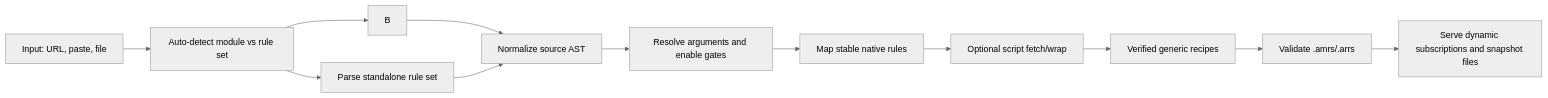
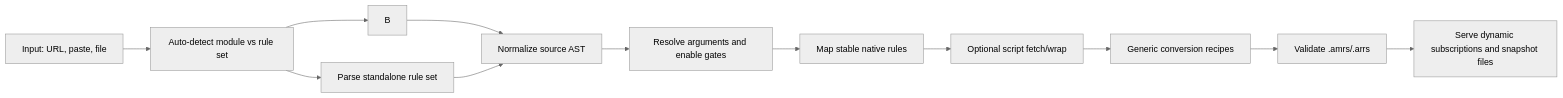
Before and after one commit to cv518/anywhere-converter: the diagram in docs/architecture.md, drawn with Mermaid (neutral theme). The commit also changed other lines of this file and 28 other files, not shown here.

````diff
--- a/docs/architecture.md
+++ b/docs/architecture.md
@@ -20,14 +17,14 @@
 ```mermaid
 flowchart LR
   A["Input: URL, paste, file"] --> R["Auto-detect module vs rule set"]
   R --> B
   R --> S["Parse standalone rule set"]
   B --> C["Normalize source AST"]
   S --> C
   C --> D["Resolve arguments and enable gates"]
   D --> E["Map stable native rules"]
   E --> F["Optional script fetch/wrap"]
-  F --> G["Verified generic recipes"]
+  F --> G["Generic conversion recipes"]
   G --> H["Validate .amrs/.arrs"]
   H --> I["Serve dynamic subscriptions and snapshot files"]
 ```
````
